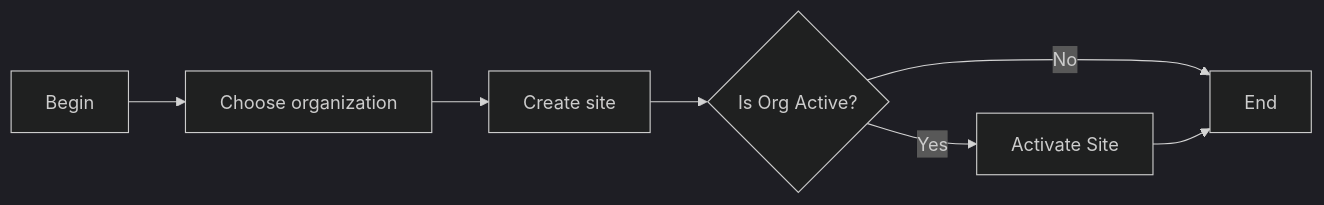
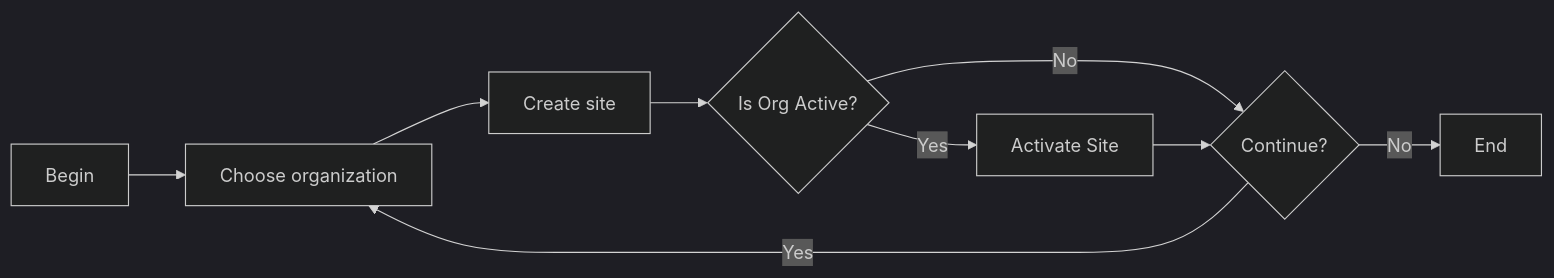
The diagram in maximo/administration/organizations/02-site-definition.md (codersyacht/maximo-knowledge-center), drawn with Mermaid (dark theme) before and after one commit.

Commit message:
02-site-definition.md

````diff
--- a/maximo/administration/organizations/02-site-definition.md
+++ b/maximo/administration/organizations/02-site-definition.md
@@ -9,9 +9,11 @@
 ```mermaid
 graph LR
 A[Begin] --> B[Choose organization]
 B --> C[Create site]
 C --> D{Is Org Active?}
 D --> |Yes| E[Activate Site]
-D --> |No| F[End]
+D --> |No| F{Continue?}
 E --> F
+F --> |Yes|B
+F --> |No| G[End]
 ```
````
